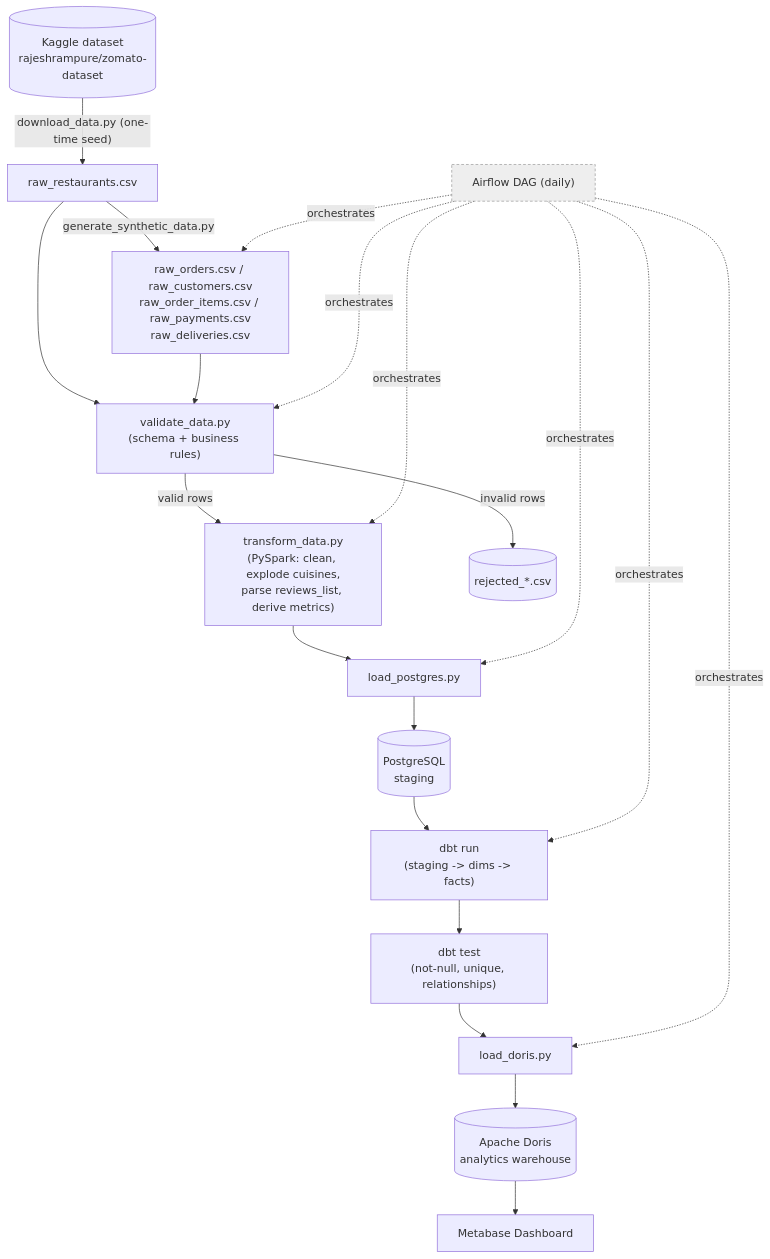
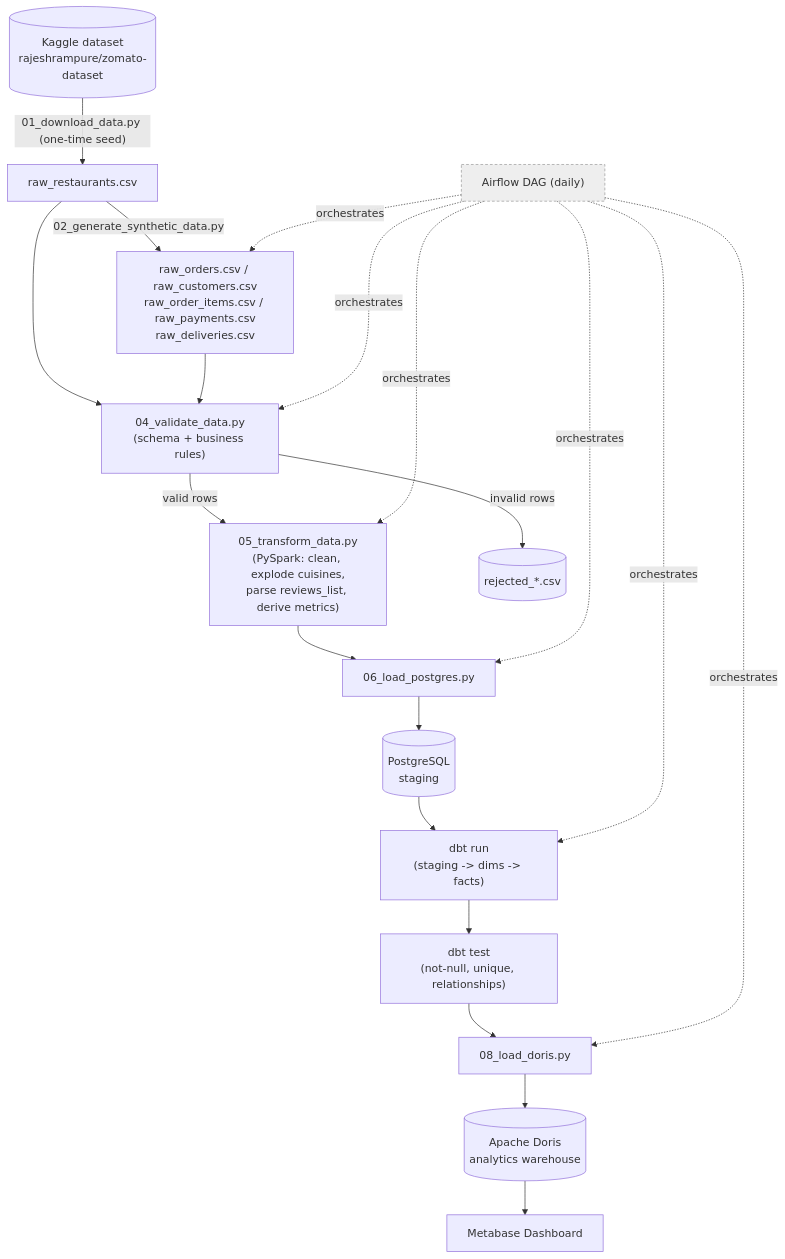
The diagram in PROJECT_OVERVIEW.md (srummanf/Zomato-Analytics-ETL), drawn with Mermaid before and after one commit. The commit also changed other lines of this file and 23 other files, not shown here.

````diff
--- a/PROJECT_OVERVIEW.md
+++ b/PROJECT_OVERVIEW.md
@@ -16,35 +16,35 @@
 ```mermaid
 flowchart TD
     KAGGLE[("Kaggle dataset\nrajeshrampure/zomato-dataset")]
     RAW_R["raw_restaurants.csv"]
     RAW_T["raw_orders.csv / raw_customers.csv\nraw_order_items.csv / raw_payments.csv\nraw_deliveries.csv"]
 
-    KAGGLE -->|"download_data.py (one-time seed)"| RAW_R
-    RAW_R -->|"generate_synthetic_data.py"| RAW_T
+    KAGGLE -->|"01_download_data.py (one-time seed)"| RAW_R
+    RAW_R -->|"02_generate_synthetic_data.py"| RAW_T
 
     RAW_R --> VALIDATE
-    RAW_T --> VALIDATE["validate_data.py\n(schema + business rules)"]
+    RAW_T --> VALIDATE["04_validate_data.py\n(schema + business rules)"]
 
-    VALIDATE -->|valid rows| TRANSFORM["transform_data.py\n(PySpark: clean, explode cuisines,\nparse reviews_list, derive metrics)"]
+    VALIDATE -->|valid rows| TRANSFORM["05_transform_data.py\n(PySpark: clean, explode cuisines,\nparse reviews_list, derive metrics)"]
     VALIDATE -->|invalid rows| REJECTED[("rejected_*.csv")]
 
-    TRANSFORM --> LOAD_PG["load_postgres.py"]
+    TRANSFORM --> LOAD_PG["06_load_postgres.py"]
     LOAD_PG --> PG[("PostgreSQL\nstaging")]
 
     PG --> DBT_RUN["dbt run\n(staging -> dims -> facts)"]
     DBT_RUN --> DBT_TEST["dbt test\n(not-null, unique, relationships)"]
-    DBT_TEST --> LOAD_DORIS["load_doris.py"]
+    DBT_TEST --> LOAD_DORIS["08_load_doris.py"]
     LOAD_DORIS --> DORIS[("Apache Doris\nanalytics warehouse")]
 
     DORIS --> METABASE["Metabase Dashboard"]
 
     AIRFLOW["Airflow DAG (daily)"]:::orch
     AIRFLOW -.orchestrates.-> RAW_T
     AIRFLOW -.orchestrates.-> VALIDATE
     AIRFLOW -.orchestrates.-> TRANSFORM
     AIRFLOW -.orchestrates.-> LOAD_PG
     AIRFLOW -.orchestrates.-> DBT_RUN
     AIRFLOW -.orchestrates.-> LOAD_DORIS
 
     classDef orch fill:#eee,stroke:#999,stroke-dasharray: 4 3
 ```
````
